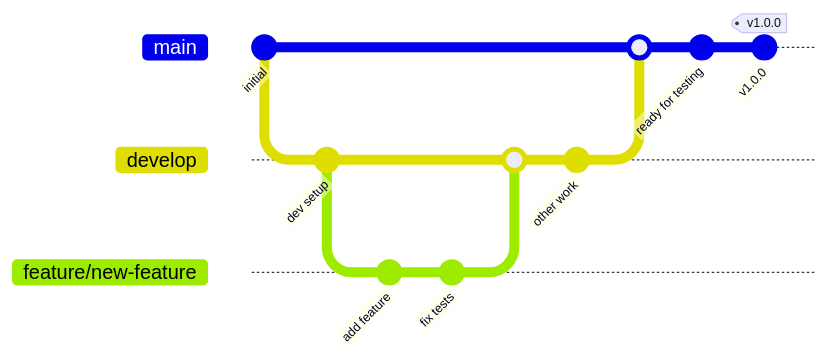
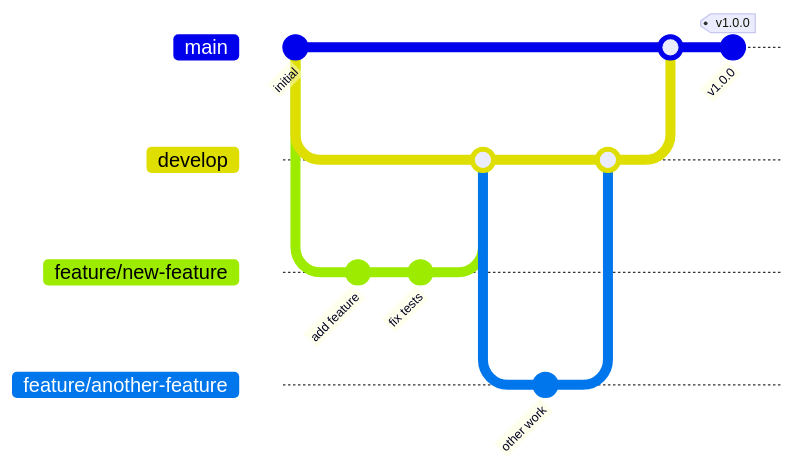
The second of 4 diagrams in docs/DEPLOYMENT_WORKFLOW.md (eneo-ai/eneo), drawn with Mermaid before and after one commit. The commit also changed other lines of this file and 1 other file, not shown here.

````diff
--- a/docs/DEPLOYMENT_WORKFLOW.md
+++ b/docs/DEPLOYMENT_WORKFLOW.md
@@ -74,18 +74,20 @@
 ```mermaid
 gitGraph
     commit id: "initial"
     branch develop
     checkout develop
-    commit id: "dev setup"
     branch feature/new-feature
     checkout feature/new-feature
     commit id: "add feature"
     commit id: "fix tests"
     checkout develop
     merge feature/new-feature
+    branch feature/another-feature
+    checkout feature/another-feature
     commit id: "other work"
+    checkout develop
+    merge feature/another-feature
     checkout main
     merge develop
-    commit id: "ready for testing"
     commit id: "v1.0.0" tag: "v1.0.0"
 ```
````
